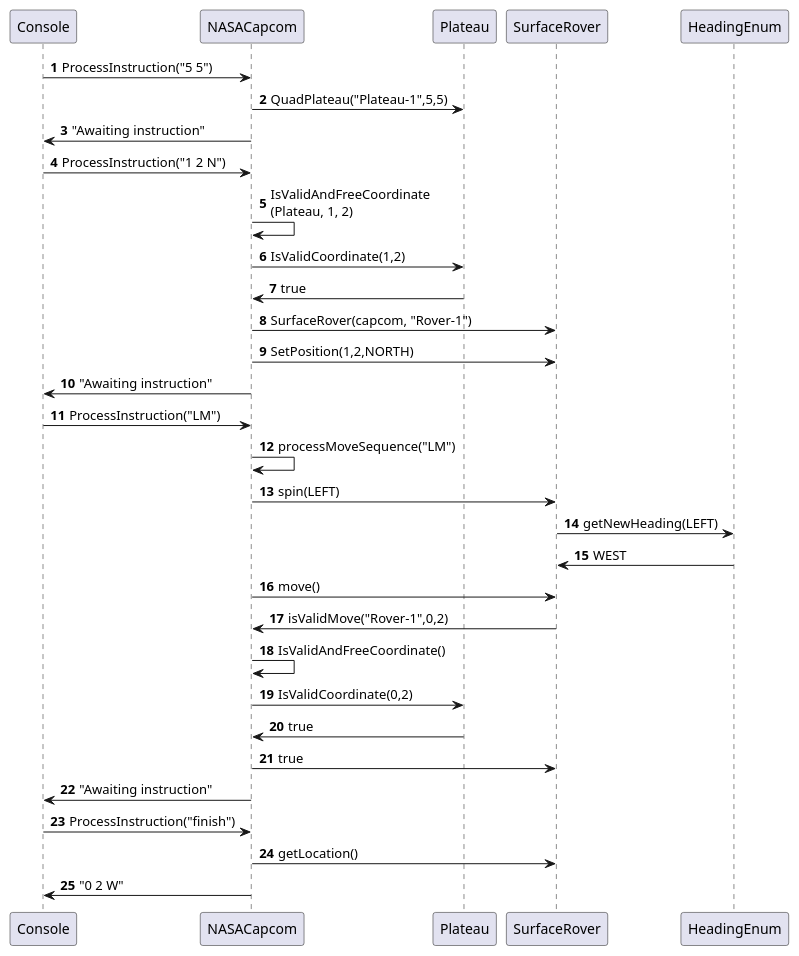
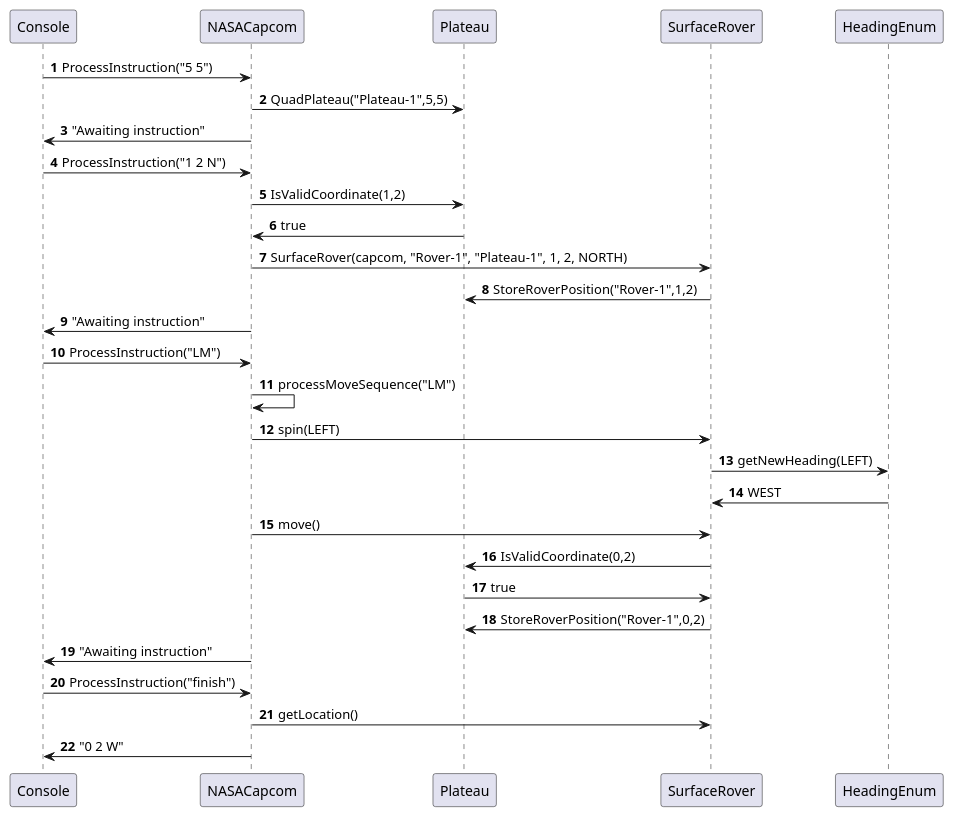
One commit to probert999/mars-rover changed the diagram in uml/MarsRoverSequenceDiagram.puml. Above: the diagram before and after it, drawn with PlantUML. The commit also changed 16 other files, not shown here.

Commit message:
Plateau now has visibility of rover locations

```diff
--- a/uml/MarsRoverSequenceDiagram.puml
+++ b/uml/MarsRoverSequenceDiagram.puml
@@ -1,32 +1,29 @@
 @startuml
 'https://plantuml.com/sequence-diagram
 
 autonumber
 
 Console -> NASACapcom: ProcessInstruction("5 5")
 NASACapcom -> Plateau: QuadPlateau("Plateau-1",5,5)
 NASACapcom -> Console: "Awaiting instruction"
 Console -> NASACapcom: ProcessInstruction("1 2 N")
-NASACapcom -> NASACapcom: IsValidAndFreeCoordinate\n(Plateau, 1, 2)
 NASACapcom -> Plateau: IsValidCoordinate(1,2)
 Plateau -> NASACapcom: true
-NASACapcom -> SurfaceRover : SurfaceRover(capcom, "Rover-1")
-NASACapcom -> SurfaceRover : SetPosition(1,2,NORTH)
+NASACapcom -> SurfaceRover : SurfaceRover(capcom, "Rover-1", "Plateau-1", 1, 2, NORTH)
+SurfaceRover -> Plateau : StoreRoverPosition("Rover-1",1,2)
 NASACapcom -> Console: "Awaiting instruction"
 Console -> NASACapcom: ProcessInstruction("LM")
 NASACapcom -> NASACapcom: processMoveSequence("LM")
 NASACapcom -> SurfaceRover: spin(LEFT)
 SurfaceRover -> HeadingEnum: getNewHeading(LEFT)
 HeadingEnum -> SurfaceRover: WEST
 NASACapcom -> SurfaceRover: move()
-SurfaceRover -> NASACapcom : isValidMove("Rover-1",0,2)
-NASACapcom -> NASACapcom: IsValidAndFreeCoordinate()
-NASACapcom -> Plateau: IsValidCoordinate(0,2)
-Plateau -> NASACapcom: true
-NASACapcom -> SurfaceRover: true
+SurfaceRover -> Plateau: IsValidCoordinate(0,2)
+Plateau -> SurfaceRover: true
+SurfaceRover -> Plateau: StoreRoverPosition("Rover-1",0,2)
 NASACapcom -> Console: "Awaiting instruction"
 Console -> NASACapcom: ProcessInstruction("finish")
 NASACapcom -> SurfaceRover : getLocation()
 NASACapcom -> Console : "0 2 W"
 
 @enduml
```
